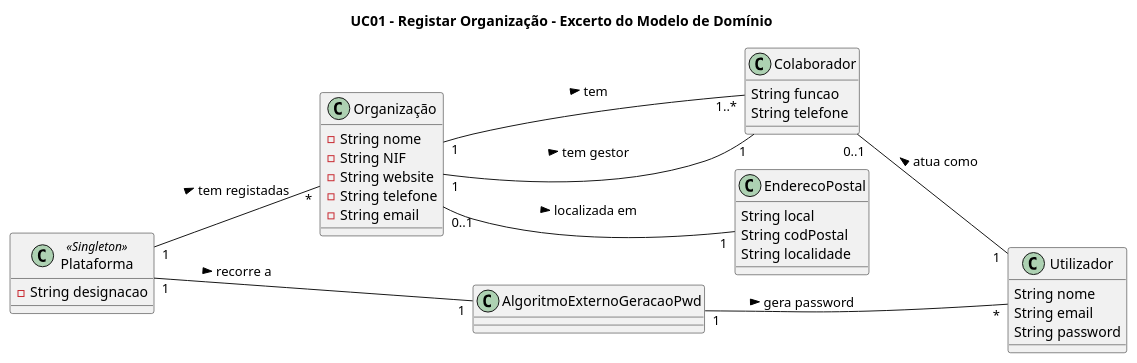
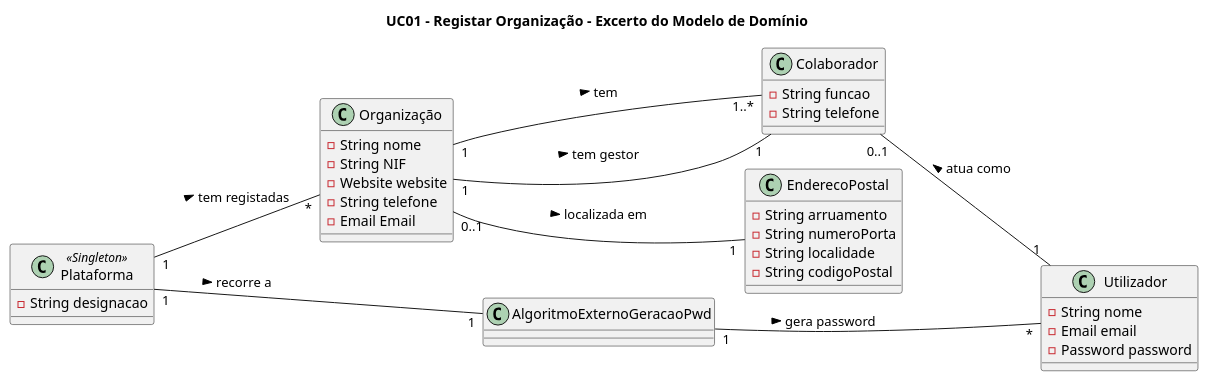
One commit to blestonbandeiraUPSKILL/upskill_java1_labprg_grupo2 changed the diagram in Sprint 2 - Documentação/UC01_Registar_Organizacao/UC01_Registar_Organizacao_MD.puml. Above: the diagram before and after it, drawn with PlantUML. The commit also changed 3 other files, not shown here.

```diff
--- a/Sprint 2 - Documentação/UC01_Registar_Organizacao/UC01_Registar_Organizacao_MD.puml
+++ b/Sprint 2 - Documentação/UC01_Registar_Organizacao/UC01_Registar_Organizacao_MD.puml
@@ -1,47 +1,48 @@
 @startuml
 
 title UC01 - Registar Organização - Excerto do Modelo de Domínio
 
 left to right direction
 
 class Plataforma <<Singleton>> {
     -String designacao
 }
 
 class Organização {
     -String nome
     -String NIF
-    -String website
+    -Website website
     -String telefone
-    -String email
+    -Email Email
 }
 
 class Colaborador {
-    String funcao
-    String telefone
+    -String funcao
+    -String telefone
 }
 
 class EnderecoPostal {
-    String local
-    String codPostal
-    String localidade
+    -String arruamento
+    -String numeroPorta
+    -String localidade
+    -String codigoPostal
 }
 
 class Utilizador {
-    String nome
-    String email
-    String password
+    -String nome
+    -Email email
+    -Password password
 }
 
 class AlgoritmoExternoGeracaoPwd {
 }
 
 Plataforma "1"--"*" Organização : tem registadas >
 Plataforma "1"--"1" AlgoritmoExternoGeracaoPwd : recorre a >
 AlgoritmoExternoGeracaoPwd "1"--"*" Utilizador : gera password >
 Organização "1"--"1..*" Colaborador : tem >
 Organização "1"--"1" Colaborador : tem gestor >
 Organização "0..1"--"1" EnderecoPostal : localizada em >
 Colaborador "0..1"--"1" Utilizador : atua como <
 
 @enduml
```
